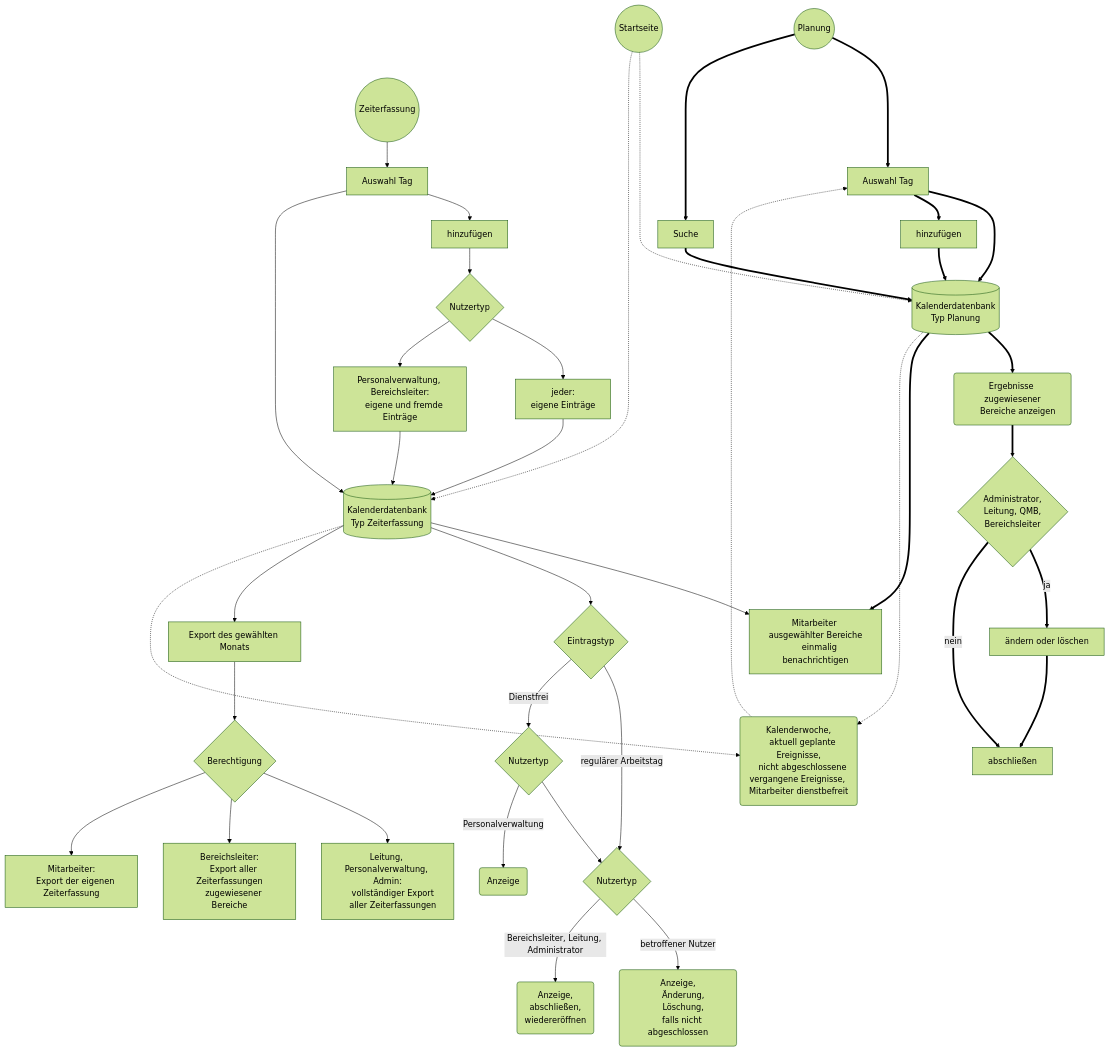
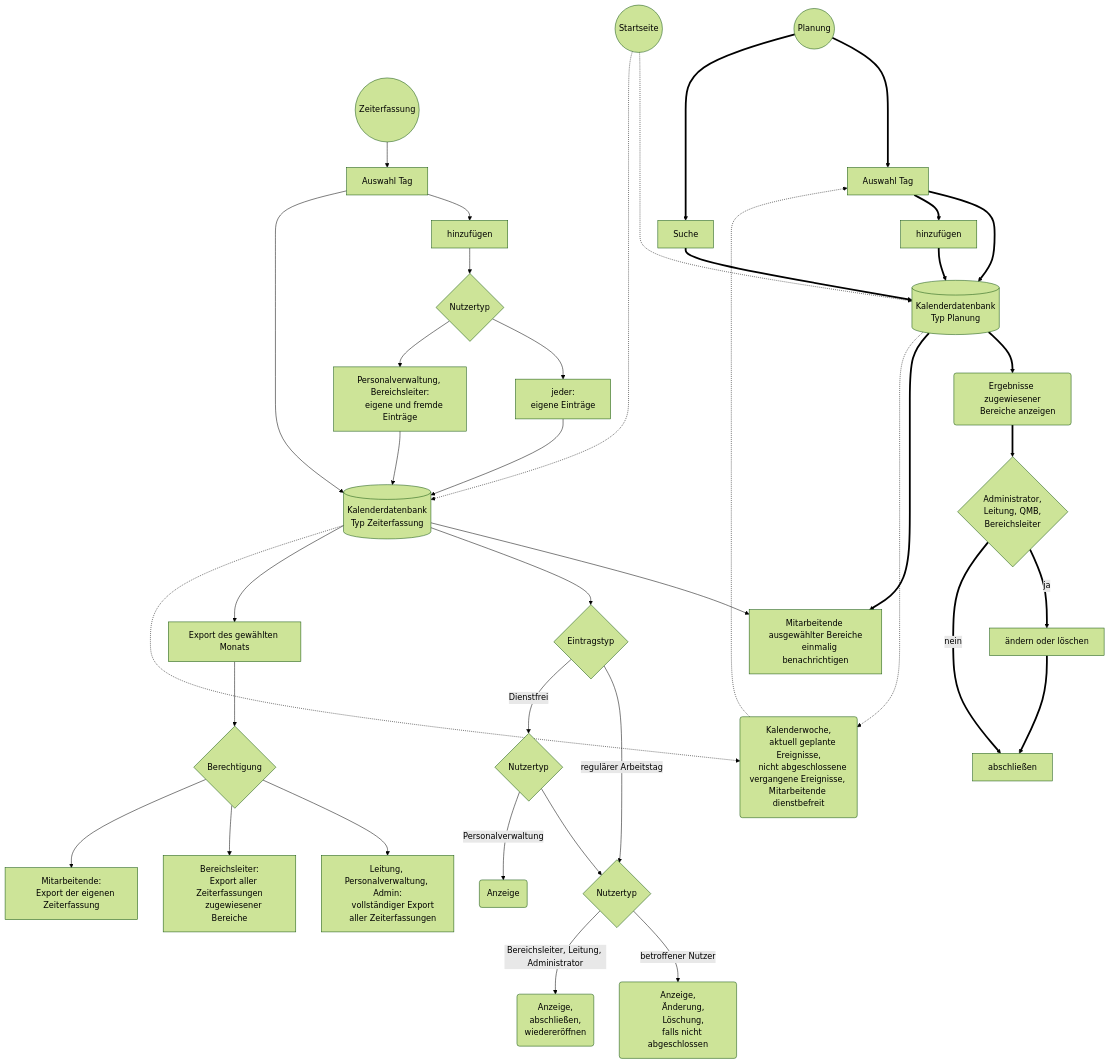
One commit to erroronline1/caro changed the sixth of 8 diagrams in readme.de.md. Above: the diagram before and after it, drawn with Mermaid (forest theme). The commit also changed other lines of this file and 1 other file, not shown here.

````diff
--- a/readme.de.md
+++ b/readme.de.md
@@ -686,64 +686,64 @@
 ```mermaid
 graph TD;
     scheduling((Planung))===>select_day[Auswahl Tag];
     scheduling==>search[Suche];
     select_day==>database[("Kalenderdatenbank
     Typ Planung")];
     select_day==>add[hinzufügen];
     add==>database;
     search==>database;
     database==>matches("Ergebnisse zugewiesener
     Bereiche anzeigen");
     matches==>permission{"Administrator,
     Leitung, QMB,
     Bereichsleiter"};
     permission==>|ja|edit[ändern oder löschen];
     permission==>|nein|complete[abschließen];
     edit==>complete;
-    database==>alert["Mitarbeiter ausgewählter Bereiche
+    database==>alert["Mitarbeitende ausgewählter Bereiche
     einmalig benachrichtigen"]
 
     timesheet((Zeiterfassung))-->select_day2[Auswahl Tag];
     select_day2-->add2[hinzufügen];
     add2-->usertype{Nutzertyp};
     usertype-->any["jeder:
     eigene Einträge"];
     usertype-->foreign["Personalverwaltung, Bereichsleiter:
     eigene und fremde Einträge"];
     any-->database2;
     foreign-->database2;
     select_day2-->database2[("Kalenderdatenbank
     Typ Zeiterfassung")];
     database2-->alert;
     database2-->entrytype{Eintragstyp};
     entrytype-->|regulärer Arbeitstag|usertype2{Nutzertyp};
     usertype2-->|betroffener Nutzer|display_edit("Anzeige,
     Änderung,
     Löschung,
     falls nicht abgeschlossen");
     usertype2-->|Bereichsleiter, Leitung, Administrator|display_close("Anzeige,
     abschließen,
     wiedereröffnen");
     entrytype-->|Dienstfrei|usertype3{Nutzertyp};
     usertype3-->usertype2;
     usertype3-->|Personalverwaltung|display_only(Anzeige)
     
     database2-->export[Export des gewählten Monats];
     export-->permission2{Berechtigung};
     permission2-->fullexport["Leitung, Personalverwaltung, Admin:
     vollständiger Export
     aller Zeiterfassungen"];
     permission2-->partexport["Bereichsleiter:
     Export aller Zeiterfassungen
     zugewiesener Bereiche"];
-    permission2-->ownexport["Mitarbeiter:
+    permission2-->ownexport["Mitarbeitende:
     Export der eigenen Zeiterfassung"]
 
     landing_page((Startseite))-....->database;
     landing_page-......->database2;
     database-.->summary("Kalenderwoche,
     aktuell geplante Ereignisse,
-    nicht abgeschlossene vergangene Ereignisse, Mitarbeiter dienstbefreit");
+    nicht abgeschlossene vergangene Ereignisse, Mitarbeitende dienstbefreit");
     database2-.->summary;
     summary-......->select_day
 ```
````
